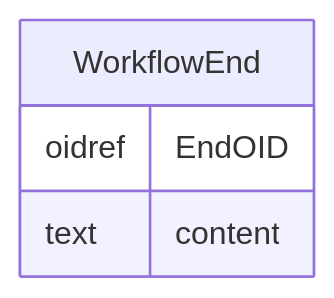
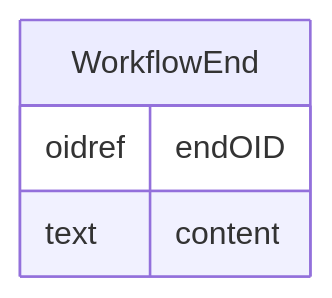
Before and after one commit to cdisc-org/DataExchange-ODM-LinkML: the diagram in docs/WorkflowEnd.md, drawn with Mermaid. The commit also changed other lines of this file and 759 other files, not shown here.

````diff
--- a/docs/WorkflowEnd.md
+++ b/docs/WorkflowEnd.md
@@ -11,10 +11,10 @@
 ```mermaid
 erDiagram
 WorkflowEnd {
-    oidref EndOID  
+    oidref endOID  
     text content  
 }
 
 
 
 ```
````
